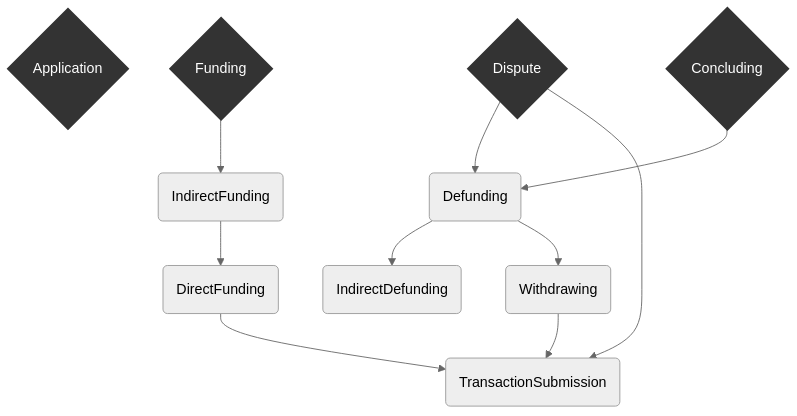
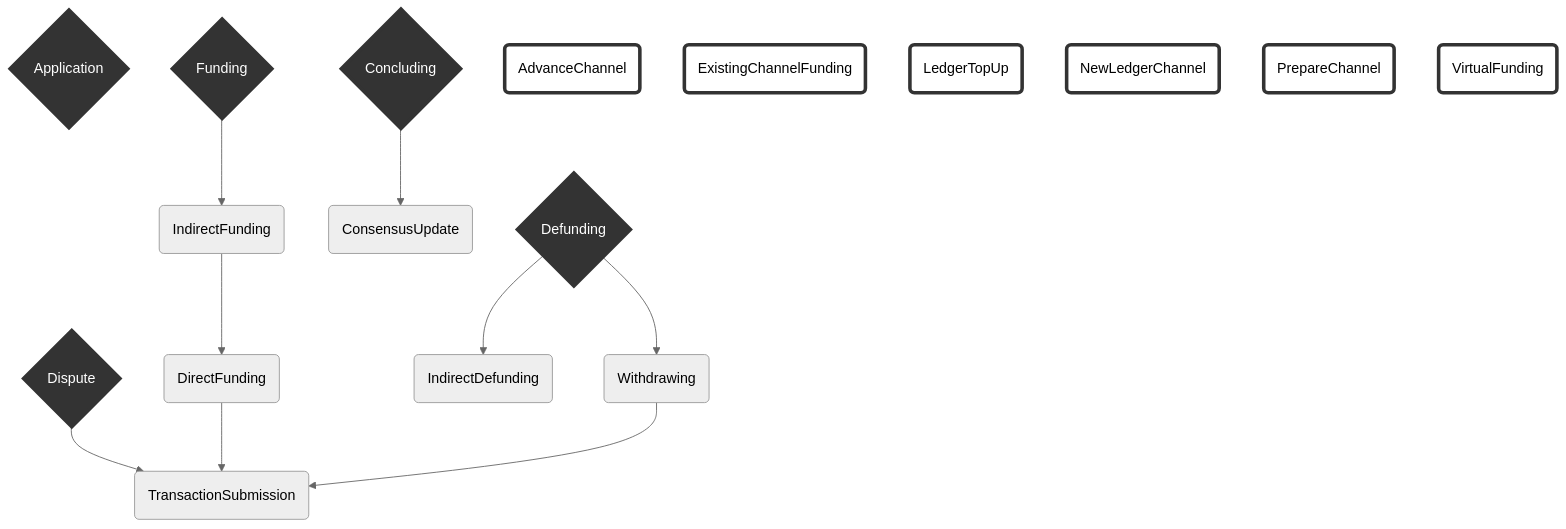
The diagram in packages/wallet/packages/wallet/notes/index.md (statechannels/statechannels), drawn with Mermaid (neutral theme) before and after one commit. The commit also changed other lines of this file and 21 other files, not shown here.

First line of the commit message:
Merge pull request #552 from magmo/gk-denest-defunding-from-concluding

````diff
--- a/packages/wallet/packages/wallet/notes/index.md
+++ b/packages/wallet/packages/wallet/notes/index.md
@@ -24,26 +31,37 @@
 ```mermaid
 graph TD
   linkStyle default interpolate basis
 
     A{Application}
     F{Funding}--> idF(IndirectFunding)
 
-    D{Dispute}--> Df(Defunding)
-    D-->TS
-    C{Concluding}-->Df(Defunding)
+    D{Dispute}--> TS
+
+
+    C{Concluding}-->CU(ConsensusUpdate)
 
     idF --> dF(DirectFunding)
 
-    Df-->idDf(IndirectDefunding)
+    Df{Defunding}-->idDf(IndirectDefunding)
     Df-->W(Withdrawing)
 
     dF-->TS(TransactionSubmission)
 
     W-->TS
 
+    AC(AdvanceChannel)
+    ECF(ExistingChannelFunding)
+    LTU(LedgerTopUp)
+    NLC(NewLedgerChannel)
+    PC(PrepareChannel)
+    VF(VirtualFunding)
+
     classDef TopLevelProtocol stroke:#333,stroke-width:4px,color:#ffff,fill:#333;
 
-    class A,F,D,C TopLevelProtocol
+    classDef OrphanProtocol stroke:#333,stroke-width:4px,fill:#0000;
+
+    class A,F,D,C,Df TopLevelProtocol
+    class AC,ECF,LTU,NLC,PC,VF OrphanProtocol
 
 
 ```
````
